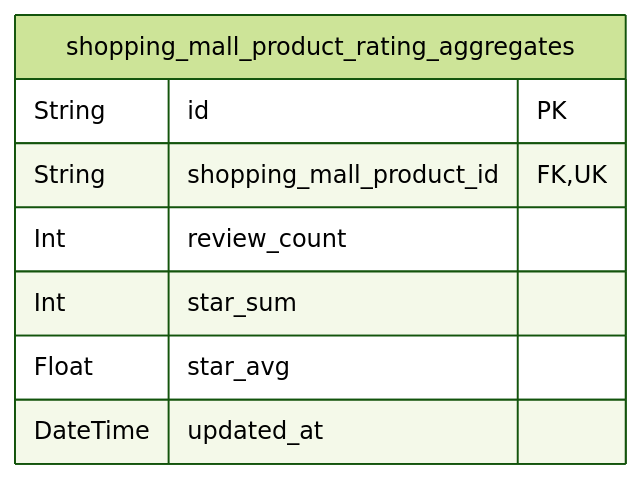
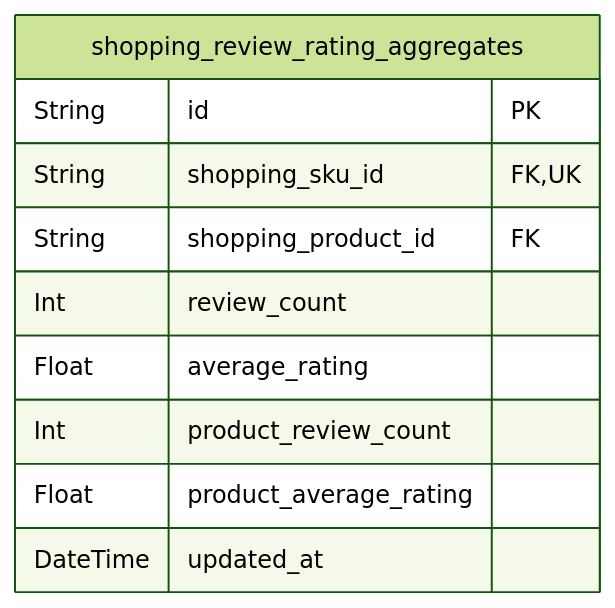
Diagram 12 of 12 in openai/gpt-4.1/shopping/docs/ERD.md (wrtnlabs/autobe-examples), drawn with Mermaid (forest theme) before and after one commit. The commit also changed other lines of this file and 16146 other files, not shown here.

````diff
--- a/openai/gpt-4.1/shopping/docs/ERD.md
+++ b/openai/gpt-4.1/shopping/docs/ERD.md
@@ -1788,11 +2394,13 @@
 ```mermaid
 erDiagram
-"shopping_mall_product_rating_aggregates" {
+"shopping_review_rating_aggregates" {
   String id PK
-  String shopping_mall_product_id FK,UK
+  String shopping_sku_id FK,UK
+  String shopping_product_id FK
   Int review_count
-  Int star_sum
-  Float star_avg
+  Float average_rating
+  Int product_review_count
+  Float product_average_rating
   DateTime updated_at
 }
 ```
````
